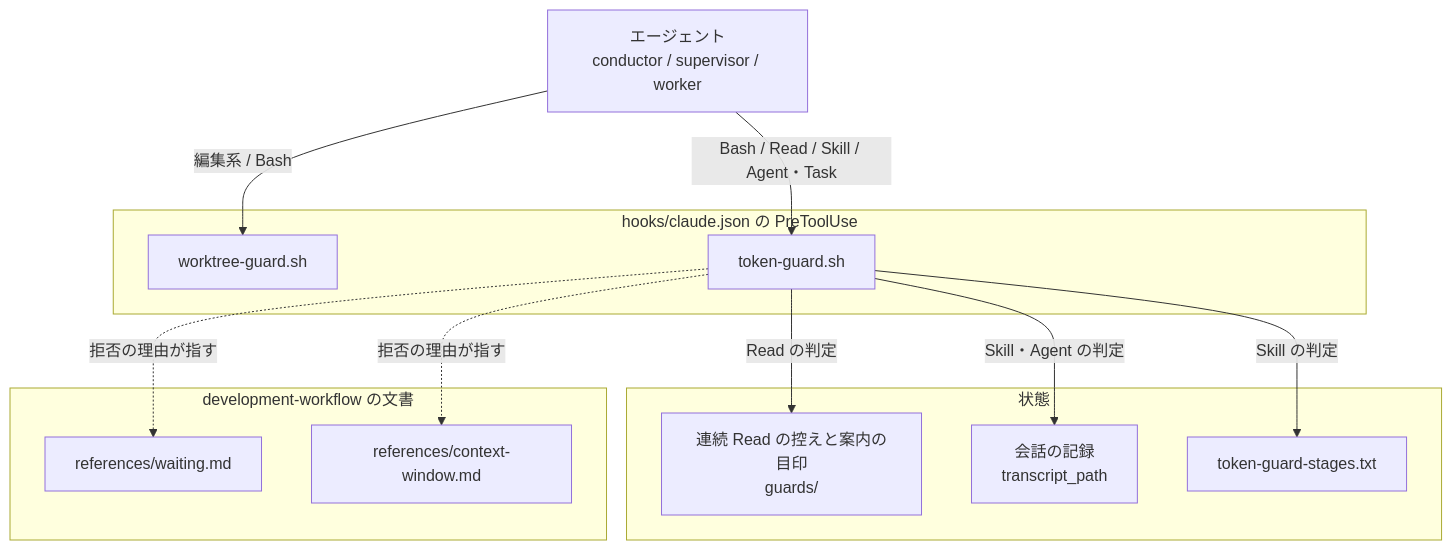
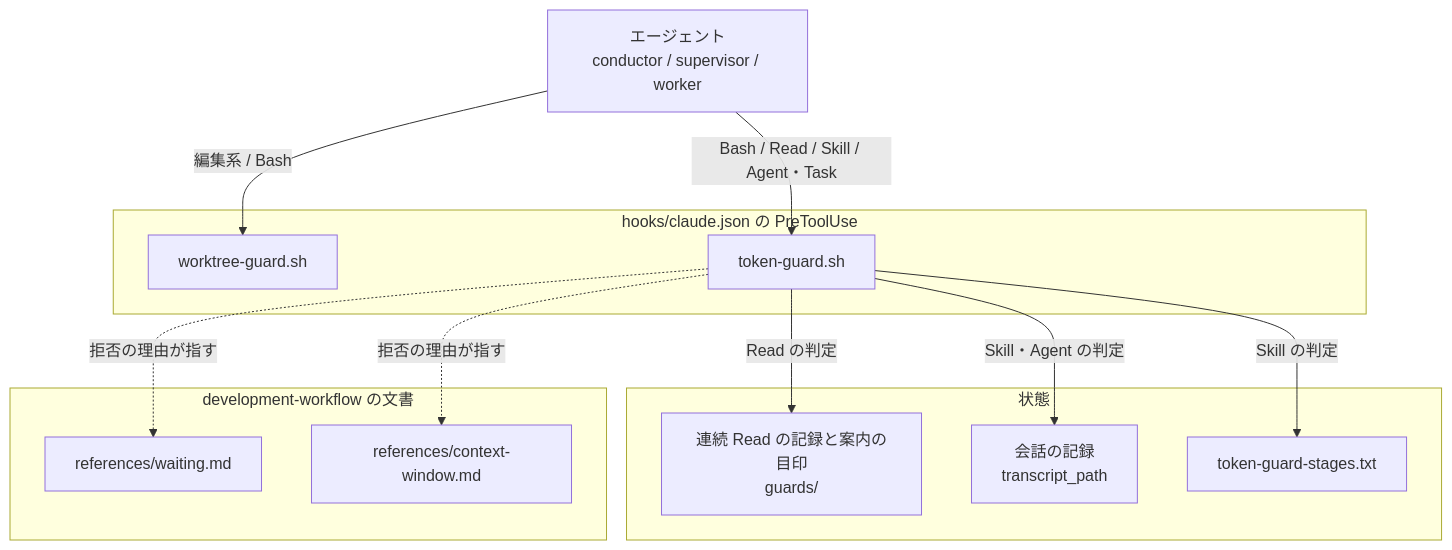
The diagram in docs/specifications/ndf-token-waits-and-context-cut.md (devbasex/ai-plugins), drawn with Mermaid before and after one commit. The commit also changed other lines of this file and 131 other files, not shown here.

````diff
--- a/docs/specifications/ndf-token-waits-and-context-cut.md
+++ b/docs/specifications/ndf-token-waits-and-context-cut.md
@@ -67,24 +67,24 @@
 ```mermaid
 graph TB
   AG["エージェント<br/>conductor / supervisor / worker"]
   subgraph HK["hooks/claude.json の PreToolUse"]
     WG["worktree-guard.sh"]
     TG["token-guard.sh"]
   end
   subgraph ST["状態"]
-    RS["連続 Read の控えと案内の目印<br/>guards/"]
+    RS["連続 Read の記録と案内の目印<br/>guards/"]
     TR["会話の記録<br/>transcript_path"]
     SL["token-guard-stages.txt"]
   end
   subgraph DOC["development-workflow の文書"]
     WT["references/waiting.md"]
     CW["references/context-window.md"]
   end
   AG -->|"Bash / Read / Skill / Agent・Task"| TG
   AG -->|"編集系 / Bash"| WG
   TG -->|"Read の判定"| RS
   TG -->|"Skill・Agent の判定"| TR
   TG -->|"Skill の判定"| SL
   TG -. "拒否の理由が指す" .-> WT
   TG -. "拒否の理由が指す" .-> CW
 ```
````
